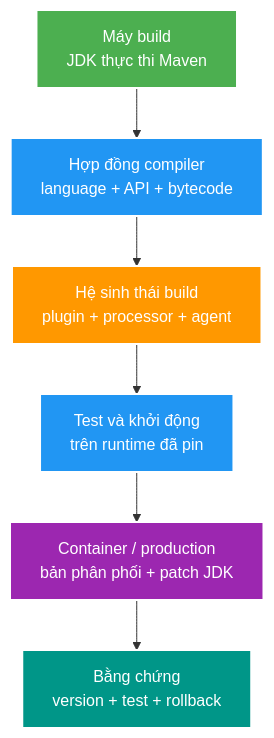
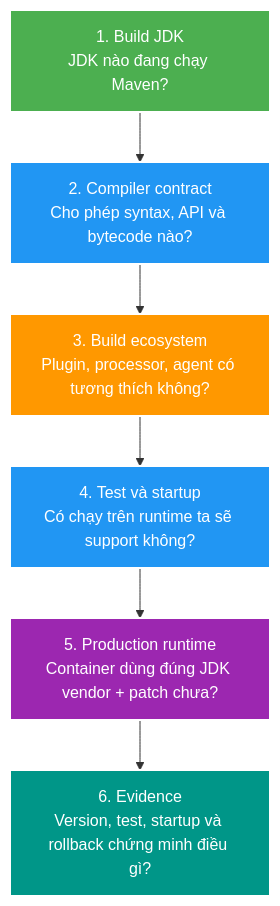
Before and after one commit to HungPhan200591/live-stream-backend: the second of 3 diagrams in docs/learning/topics/java/theory/core/java21-platform-baseline.md, drawn with Mermaid. The commit also changed other lines of this file, not shown here.

````diff
--- a/docs/learning/topics/java/theory/core/java21-platform-baseline.md
+++ b/docs/learning/topics/java/theory/core/java21-platform-baseline.md
@@ -36,15 +141,15 @@
 ```mermaid
 flowchart TB
-    A["Máy build<br/>JDK thực thi Maven"] --> B["Hợp đồng compiler<br/>language + API + bytecode"]
-    B --> C["Hệ sinh thái build<br/>plugin + processor + agent"]
-    C --> D["Test và khởi động<br/>trên runtime đã pin"]
-    D --> E["Container / production<br/>bản phân phối + patch JDK"]
-    E --> F["Bằng chứng<br/>version + test + rollback"]
+    A["1. Build JDK<br/>JDK nào đang chạy Maven?"] --> B["2. Compiler contract<br/>Cho phép syntax, API và bytecode nào?"]
+    B --> C["3. Build ecosystem<br/>Plugin, processor, agent có tương thích không?"]
+    C --> D["4. Test và startup<br/>Có chạy trên runtime ta sẽ support không?"]
+    D --> E["5. Production runtime<br/>Container dùng đúng JDK vendor + patch chưa?"]
+    E --> F["6. Evidence<br/>Version, test, startup và rollback chứng minh điều gì?"]
 
     style A fill:#4CAF50,stroke:#fff,stroke-width:2px,color:#fff
     style B fill:#2196F3,stroke:#fff,stroke-width:2px,color:#fff
     style C fill:#FF9800,stroke:#fff,stroke-width:2px,color:#fff
     style D fill:#2196F3,stroke:#fff,stroke-width:2px,color:#fff
     style E fill:#9C27B0,stroke:#fff,stroke-width:2px,color:#fff
     style F fill:#009688,stroke:#fff,stroke-width:2px,color:#fff
 ```
````
